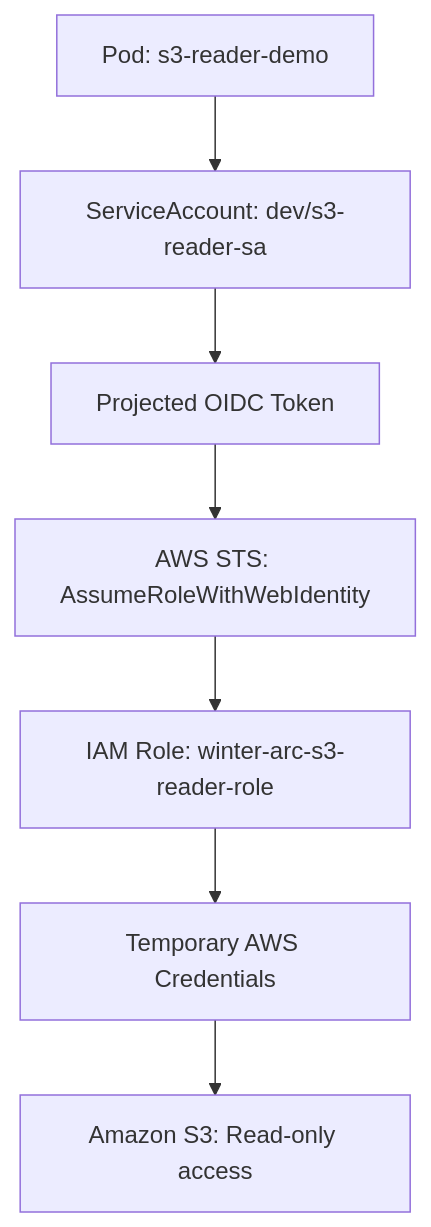
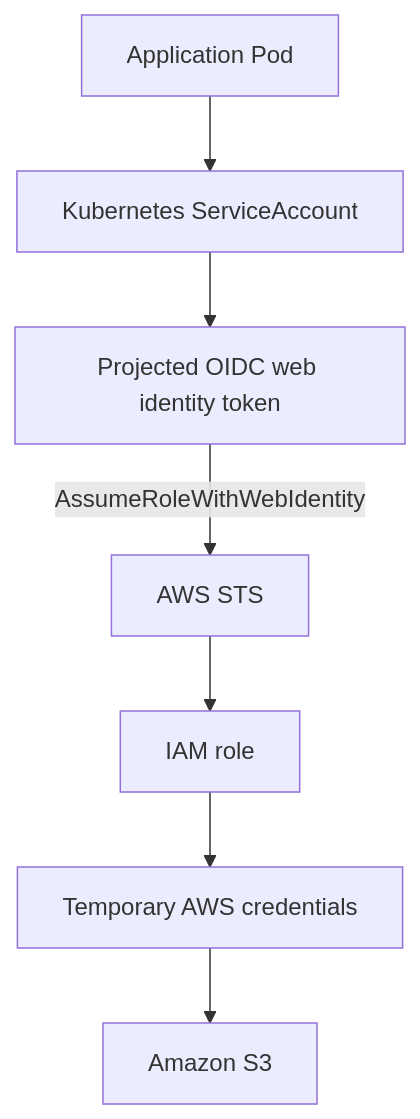
The second of 2 diagrams in AWS-EKS/Day39/README.md (manasabitra1989/DevopsLearningJourney), drawn with Mermaid before and after one commit. The commit also changed other lines of this file, not shown here.

Commit message:
Day 39: Kubernetes RBAC, IAM inspection and IRSA architecture

````diff
--- a/AWS-EKS/Day39/README.md
+++ b/AWS-EKS/Day39/README.md
@@ -183,17 +282,17 @@
 ```mermaid
 flowchart TD
-    A["Pod: s3-reader-demo"]
-    B["ServiceAccount: dev/s3-reader-sa"]
-    C["Projected OIDC Token"]
-    D["AWS STS: AssumeRoleWithWebIdentity"]
-    E["IAM Role: winter-arc-s3-reader-role"]
-    F["Temporary AWS Credentials"]
-    G["Amazon S3: Read-only access"]
+    A["Application Pod"]
+    B["Kubernetes ServiceAccount"]
+    C["Projected OIDC web identity token"]
+    D["AWS STS"]
+    E["IAM role"]
+    F["Temporary AWS credentials"]
+    G["Amazon S3"]
 
     A --> B
     B --> C
-    C --> D
+    C -->|"AssumeRoleWithWebIdentity"| D
     D --> E
     E --> F
     F --> G
 ```
````
